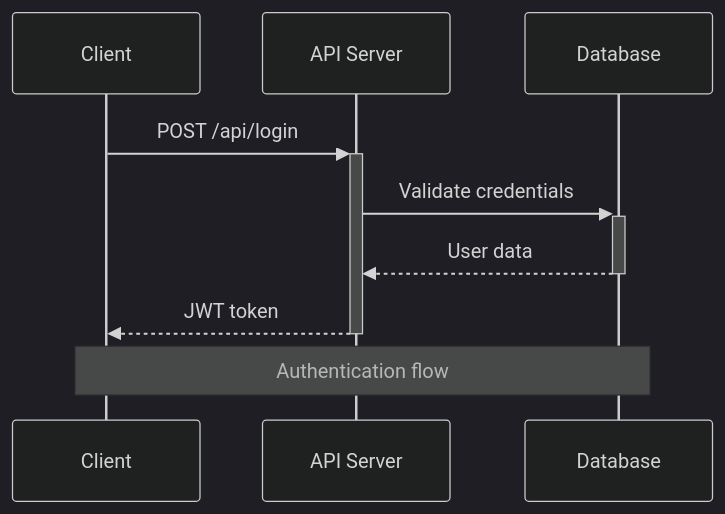
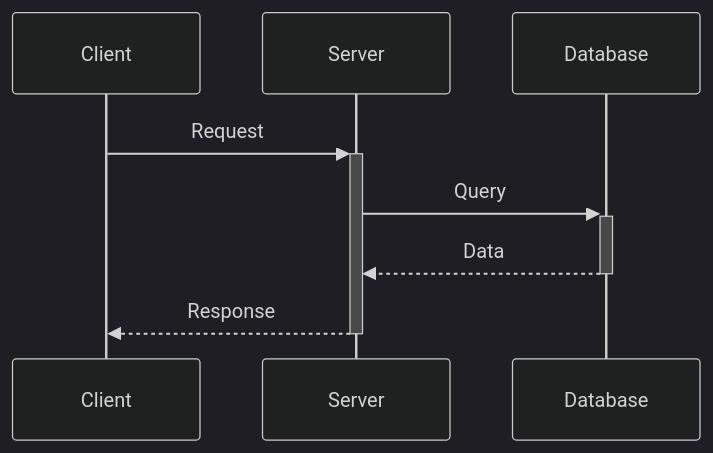
Before and after one commit to marciocar/onion-cursor: the second of 9 diagrams in .cursor/agents/development/mermaid-specialist.md, drawn with Mermaid (dark theme). The commit also changed other lines of this file and 207 other files, not shown here.

````diff
--- a/.cursor/agents/development/mermaid-specialist.md
+++ b/.cursor/agents/development/mermaid-specialist.md
@@ -375,13 +87,11 @@
 ```mermaid
 sequenceDiagram
-    participant CLIENT as Client
-    participant API as API Server
-    participant DB as Database
+    participant A as Client
+    participant B as Server
+    participant C as Database
     
-    CLIENT->>+API: POST /api/login
-    API->>+DB: Validate credentials
-    DB-->>-API: User data
-    API-->>-CLIENT: JWT token
-    
-    Note over CLIENT,DB: Authentication flow
+    A->>+B: Request
+    B->>+C: Query
+    C-->>-B: Data
+    B-->>-A: Response
 ```
````
